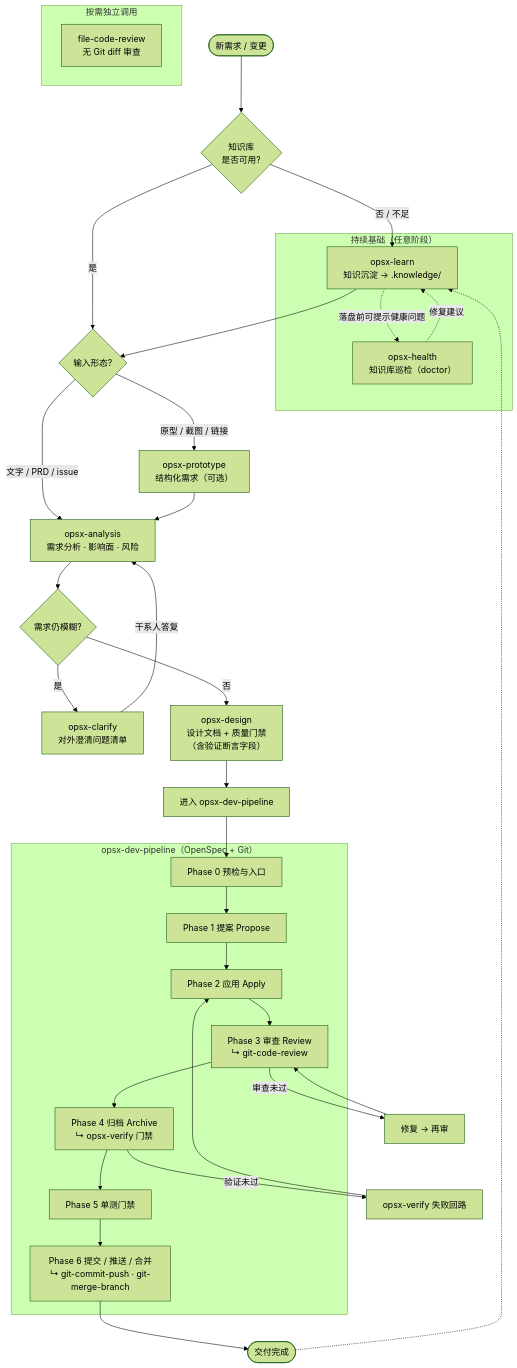
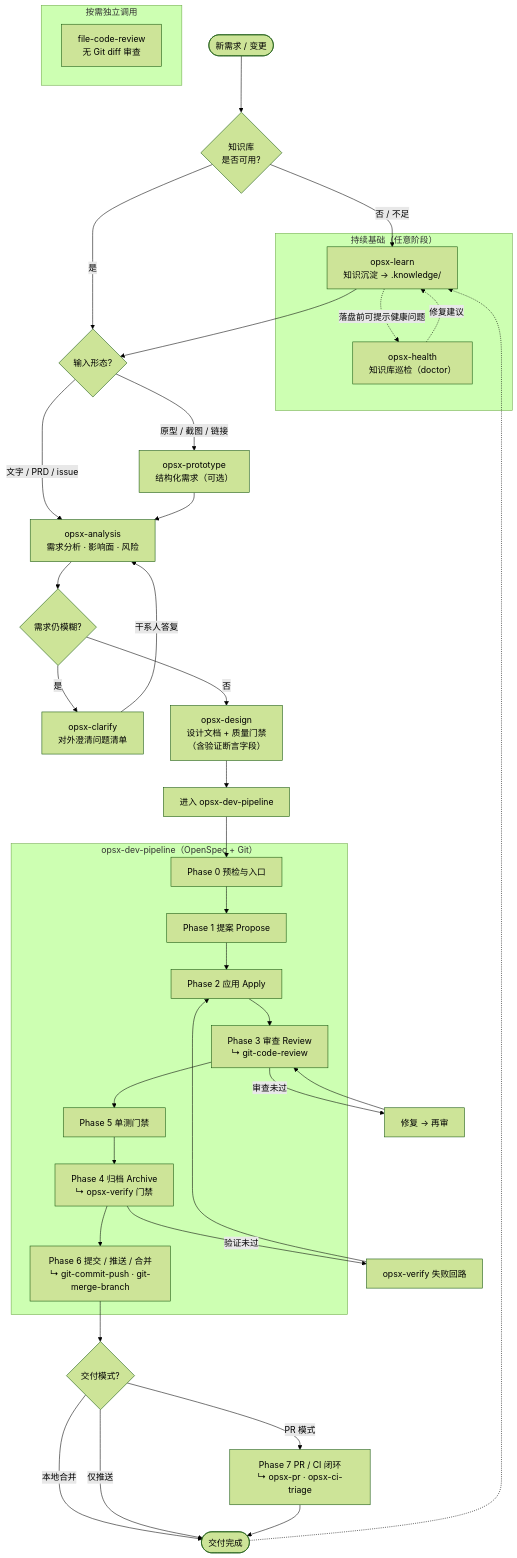
One commit to ZhaoYis/My-Skills changed the diagram in dev-pipeline/README.md. Above: the diagram before and after it, drawn with Mermaid (forest theme). The commit also changed other lines of this file and 29 other files, not shown here.

````diff
--- a/dev-pipeline/README.md
+++ b/dev-pipeline/README.md
@@ -119,52 +124,56 @@
 ```mermaid
 flowchart TD
   subgraph foundation ["持续基础（任意阶段）"]
     LEARN["opsx-learn<br/>知识沉淀 → .knowledge/"]
     HEALTH["opsx-health<br/>知识库巡检（doctor）"]
     LEARN -.->|落盘前可提示健康问题| HEALTH
     HEALTH -.->|修复建议| LEARN
   end
 
   START(["新需求 / 变更"]) --> KB{"知识库<br/>是否可用?"}
   KB -->|否 / 不足| LEARN
   KB -->|是| INPUT
   LEARN --> INPUT
 
   INPUT{"输入形态?"}
   INPUT -->|原型 / 截图 / 链接| PROTO["opsx-prototype<br/>结构化需求（可选）"]
   INPUT -->|文字 / PRD / issue| ANALYSIS
   PROTO --> ANALYSIS
 
   ANALYSIS["opsx-analysis<br/>需求分析 · 影响面 · 风险"]
   ANALYSIS --> FUZZY{"需求仍模糊?"}
   FUZZY -->|是| CLARIFY["opsx-clarify<br/>对外澄清问题清单"]
   CLARIFY -->|干系人答复| ANALYSIS
   FUZZY -->|否| DESIGN
 
   DESIGN["opsx-design<br/>设计文档 + 质量门禁<br/>（含验证断言字段）"]
   DESIGN --> PIPELINE
 
   subgraph pipeline ["opsx-dev-pipeline（OpenSpec + Git）"]
     P0["Phase 0 预检与入口"]
     P1["Phase 1 提案 Propose"]
     P2["Phase 2 应用 Apply"]
     P3["Phase 3 审查 Review<br/>↳ git-code-review"]
+    P5["Phase 5 单测门禁"]
     P4["Phase 4 归档 Archive<br/>↳ opsx-verify 门禁"]
-    P5["Phase 5 单测门禁"]
     P6["Phase 6 提交 / 推送 / 合并<br/>↳ git-commit-push · git-merge-branch"]
-    P0 --> P1 --> P2 --> P3 --> P4 --> P5 --> P6
+    P0 --> P1 --> P2 --> P3 --> P5 --> P4 --> P6
   end
 
   PIPELINE["进入 opsx-dev-pipeline"] --> P0
   P3 -->|审查未过| FIX["修复 → 再审"]
   FIX --> P3
   P4 -->|验证未过| VFIX["opsx-verify 失败回路"]
   VFIX --> P2
 
-  P6 --> DONE(["交付完成"])
+  P6 --> MODE{"交付模式?"}
+  MODE -->|本地合并| DONE(["交付完成"])
+  MODE -->|仅推送| DONE
+  MODE -->|PR 模式| PR["Phase 7 PR / CI 闭环<br/>↳ opsx-pr · opsx-ci-triage"]
+  PR --> DONE
   DONE -.-> LEARN
 
   subgraph adhoc ["按需独立调用"]
     FCR["file-code-review<br/>无 Git diff 审查"]
   end
 ```
````
